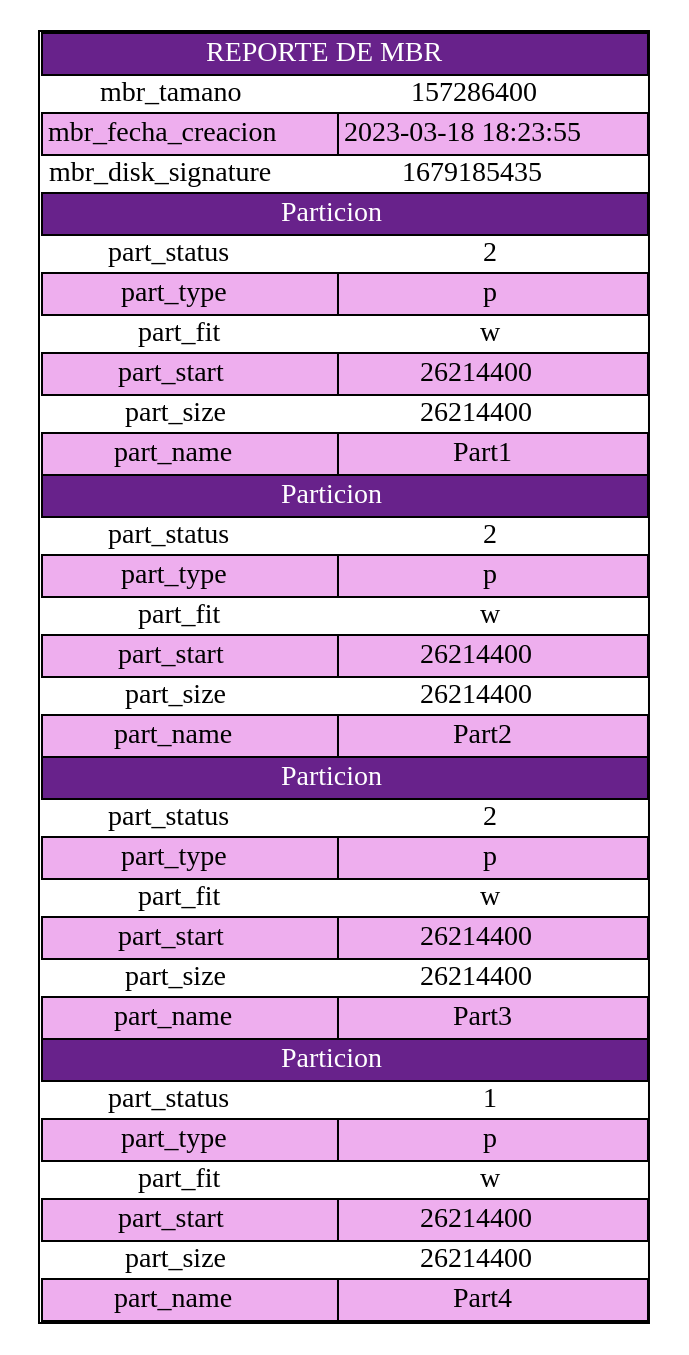
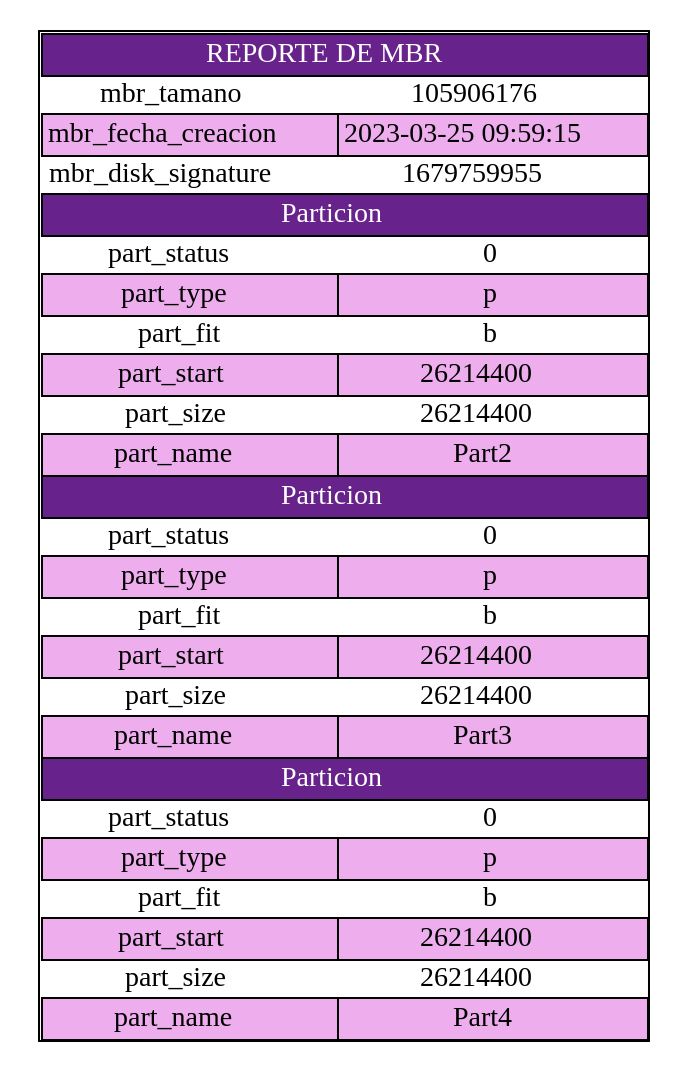
The diagram in Proyecto/cmake-build-debug/mbr.dot (diegomazariegos2002/_MIA1S2023_PROYECTO1), drawn with Graphviz before and after one commit. The commit also changed 24 other files, not shown here.

```diff
--- a/Proyecto/cmake-build-debug/mbr.dot
+++ b/Proyecto/cmake-build-debug/mbr.dot
@@ -1,18 +1,18 @@
 digraph G {
 node[shape=none]
 start[label=<<table CELLSPACING="0">
 <tr><td colspan="2" bgcolor="darkorchid4"><font color="white">REPORTE DE MBR</font></td></tr>
 <tr>
 <td border="0">mbr_tamano</td>
-<td border="0">157286400</td>
+<td border="0">105906176</td>
 </tr>
 <tr>
 <td bgcolor="plum2">mbr_fecha_creacion</td>
-<td bgcolor="plum2">2023-03-18 18:23:55</td>
+<td bgcolor="plum2">2023-03-25 09:59:15</td>
 </tr>
 <tr>
 <td border="0">mbr_disk_signature</td>
-<td border="0">1679185435</td>
+<td border="0">1679759955</td>
 </tr>
-<tr><td colspan="2" bgcolor="darkorchid4"><font color="white">Particion</font></td></tr><tr><td border="0">part_status</td><td border="0">2</td></tr><tr><td bgcolor="plum2">part_type</td><td bgcolor="plum2">p</td></tr><tr><td border="0">part_fit</td><td border="0">w</td></tr><tr><td bgcolor="plum2">part_start</td><td bgcolor="plum2">26214400</td></tr><tr><td border="0">part_size</td><td border="0">26214400</td></tr><tr><td bgcolor="plum2">part_name</td><td bgcolor="plum2">Part1</td></tr><tr><td colspan="2" bgcolor="darkorchid4"><font color="white">Particion</font></td></tr><tr><td border="0">part_status</td><td border="0">2</td></tr><tr><td bgcolor="plum2">part_type</td><td bgcolor="plum2">p</td></tr><tr><td border="0">part_fit</td><td border="0">w</td></tr><tr><td bgcolor="plum2">part_start</td><td bgcolor="plum2">26214400</td></tr><tr><td border="0">part_size</td><td border="0">26214400</td></tr><tr><td bgcolor="plum2">part_name</td><td bgcolor="plum2">Part2</td></tr><tr><td colspan="2" bgcolor="darkorchid4"><font color="white">Particion</font></td></tr><tr><td border="0">part_status</td><td border="0">2</td></tr><tr><td bgcolor="plum2">part_type</td><td bgcolor="plum2">p</td></tr><tr><td border="0">part_fit</td><td border="0">w</td></tr><tr><td bgcolor="plum2">part_start</td><td bgcolor="plum2">26214400</td></tr><tr><td border="0">part_size</td><td border="0">26214400</td></tr><tr><td bgcolor="plum2">part_name</td><td bgcolor="plum2">Part3</td></tr><tr><td colspan="2" bgcolor="darkorchid4"><font color="white">Particion</font></td></tr><tr><td border="0">part_status</td><td border="0">1</td></tr><tr><td bgcolor="plum2">part_type</td><td bgcolor="plum2">p</td></tr><tr><td border="0">part_fit</td><td border="0">w</td></tr><tr><td bgcolor="plum2">part_start</td><td bgcolor="plum2">26214400</td></tr><tr><td border="0">part_size</td><td border="0">26214400</td></tr><tr><td bgcolor="plum2">part_name</td><td bgcolor="plum2">Part4</td></tr></table>>];
+<tr><td colspan="2" bgcolor="darkorchid4"><font color="white">Particion</font></td></tr><tr><td border="0">part_status</td><td border="0">0</td></tr><tr><td bgcolor="plum2">part_type</td><td bgcolor="plum2">p</td></tr><tr><td border="0">part_fit</td><td border="0">b</td></tr><tr><td bgcolor="plum2">part_start</td><td bgcolor="plum2">26214400</td></tr><tr><td border="0">part_size</td><td border="0">26214400</td></tr><tr><td bgcolor="plum2">part_name</td><td bgcolor="plum2">Part2</td></tr><tr><td colspan="2" bgcolor="darkorchid4"><font color="white">Particion</font></td></tr><tr><td border="0">part_status</td><td border="0">0</td></tr><tr><td bgcolor="plum2">part_type</td><td bgcolor="plum2">p</td></tr><tr><td border="0">part_fit</td><td border="0">b</td></tr><tr><td bgcolor="plum2">part_start</td><td bgcolor="plum2">26214400</td></tr><tr><td border="0">part_size</td><td border="0">26214400</td></tr><tr><td bgcolor="plum2">part_name</td><td bgcolor="plum2">Part3</td></tr><tr><td colspan="2" bgcolor="darkorchid4"><font color="white">Particion</font></td></tr><tr><td border="0">part_status</td><td border="0">0</td></tr><tr><td bgcolor="plum2">part_type</td><td bgcolor="plum2">p</td></tr><tr><td border="0">part_fit</td><td border="0">b</td></tr><tr><td bgcolor="plum2">part_start</td><td bgcolor="plum2">26214400</td></tr><tr><td border="0">part_size</td><td border="0">26214400</td></tr><tr><td bgcolor="plum2">part_name</td><td bgcolor="plum2">Part4</td></tr></table>>];
 }
```
